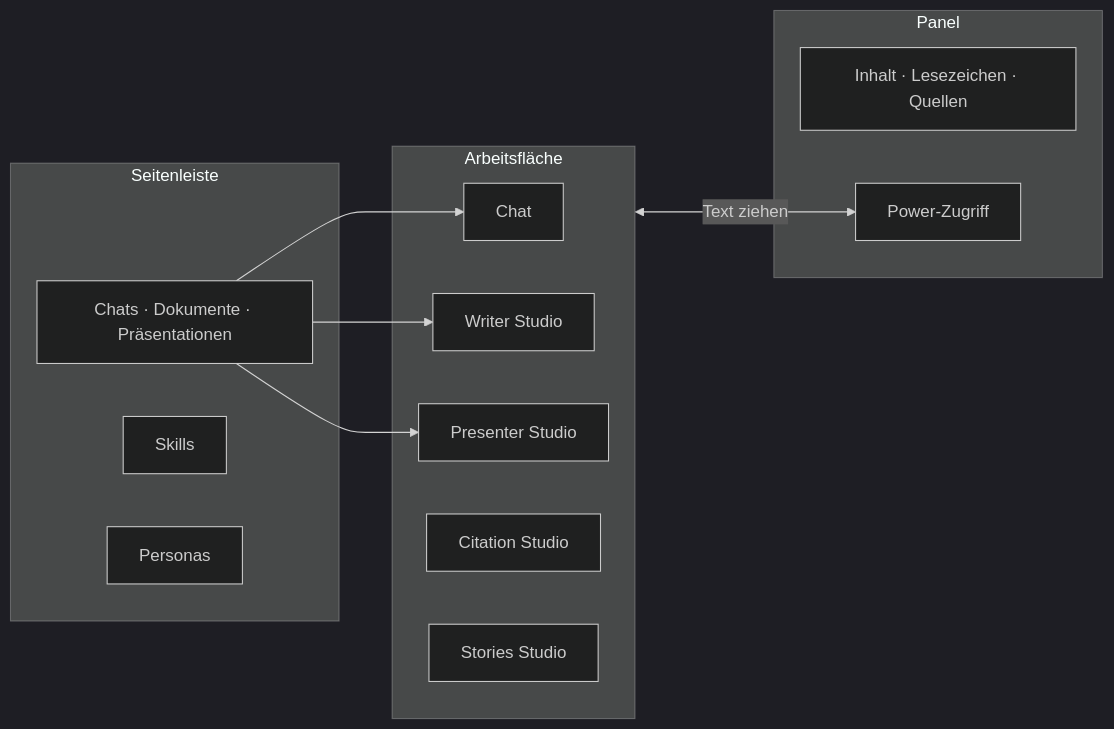
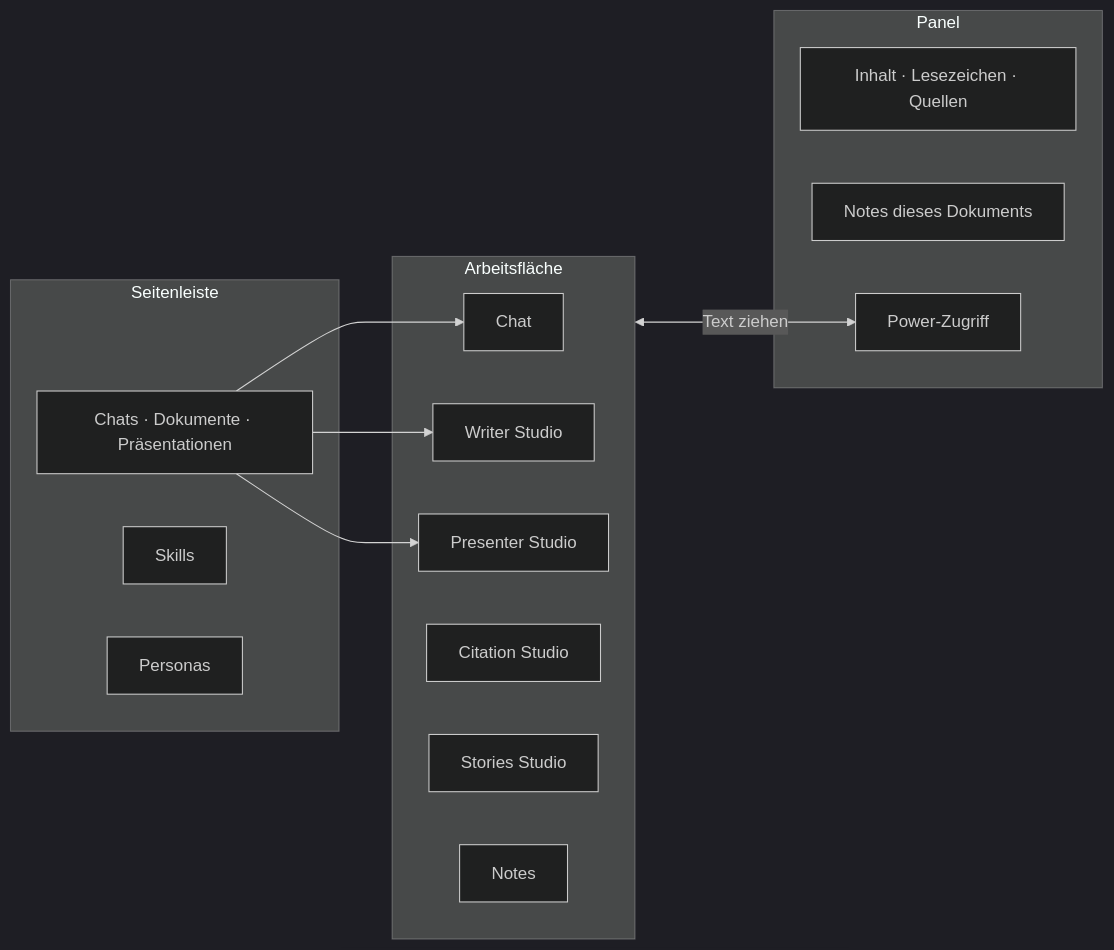
The first of 6 diagrams in docs/funktionen.md (AlexEhrenberger/LLMDesigner), drawn with Mermaid (dark theme) before and after one commit. The commit also changed other lines of this file and 37 other files, not shown here.

````diff
--- a/docs/funktionen.md
+++ b/docs/funktionen.md
@@ -12,21 +12,23 @@
 ```mermaid
 flowchart LR
     subgraph Links["Seitenleiste"]
         C["Chats · Dokumente · Präsentationen"]
         S["Skills"]
         P["Personas"]
     end
     subgraph Mitte["Arbeitsfläche"]
         CH["Chat"]
         W["Writer Studio"]
         PR["Presenter Studio"]
         CI["Citation Studio"]
         ST["Stories Studio"]
+        NO["Notes"]
     end
     subgraph Rechts["Panel"]
         O["Inhalt · Lesezeichen · Quellen"]
+        DN["Notes dieses Dokuments"]
         PW["Power-Zugriff"]
     end
     C --> CH & W & PR
     Mitte <-->|"Text ziehen"| PW
 ```
````
